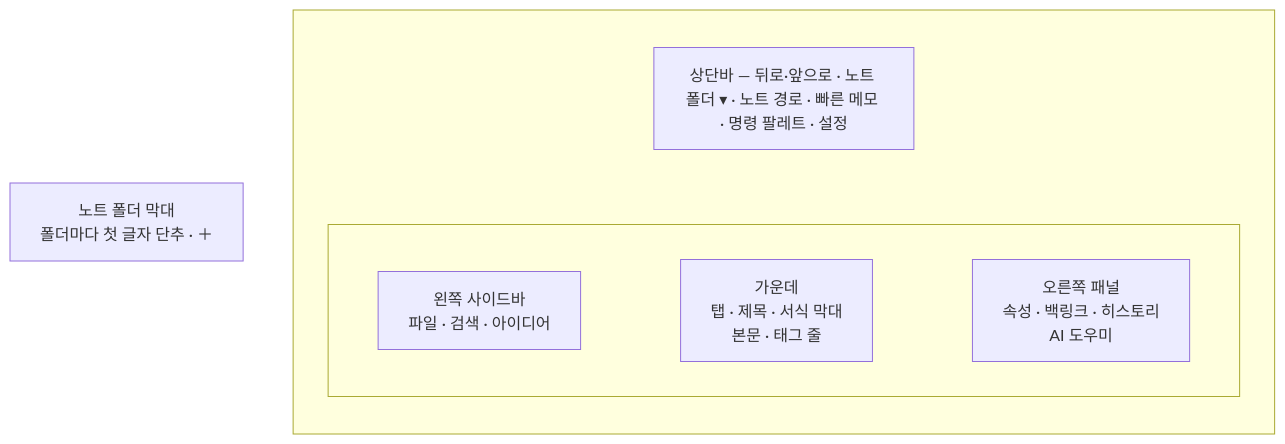
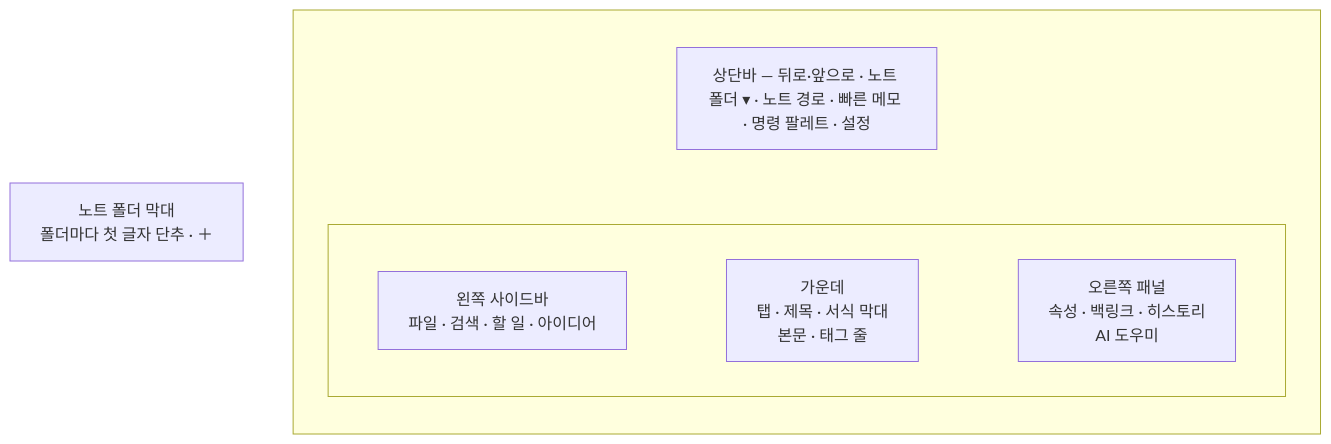
The diagram in docs/사용자매뉴얼.md (jinkyoin/notevine), drawn with Mermaid before and after one commit. The commit also changed other lines of this file and 25 other files, not shown here.

````diff
--- a/docs/사용자매뉴얼.md
+++ b/docs/사용자매뉴얼.md
@@ -83,17 +83,17 @@
 ```mermaid
 flowchart LR
   rail["노트 폴더 막대<br/>폴더마다 첫 글자 단추 · ＋"]
   subgraph app[" "]
     direction TB
     top["상단바 — 뒤로·앞으로 · 노트 폴더 ▾ · 노트 경로 · 빠른 메모 · 명령 팔레트 · 설정"]
     subgraph screen[" "]
       direction LR
-      left["왼쪽 사이드바<br/>파일 · 검색 · 아이디어"]
+      left["왼쪽 사이드바<br/>파일 · 검색 · 할 일 · 아이디어"]
       mid["가운데<br/>탭 · 제목 · 서식 막대<br/>본문 · 태그 줄"]
       right["오른쪽 패널<br/>속성 · 백링크 · 히스토리<br/>AI 도우미"]
       left ~~~ mid ~~~ right
     end
     top ~~~ screen
   end
   rail ~~~ app
 ```
````
